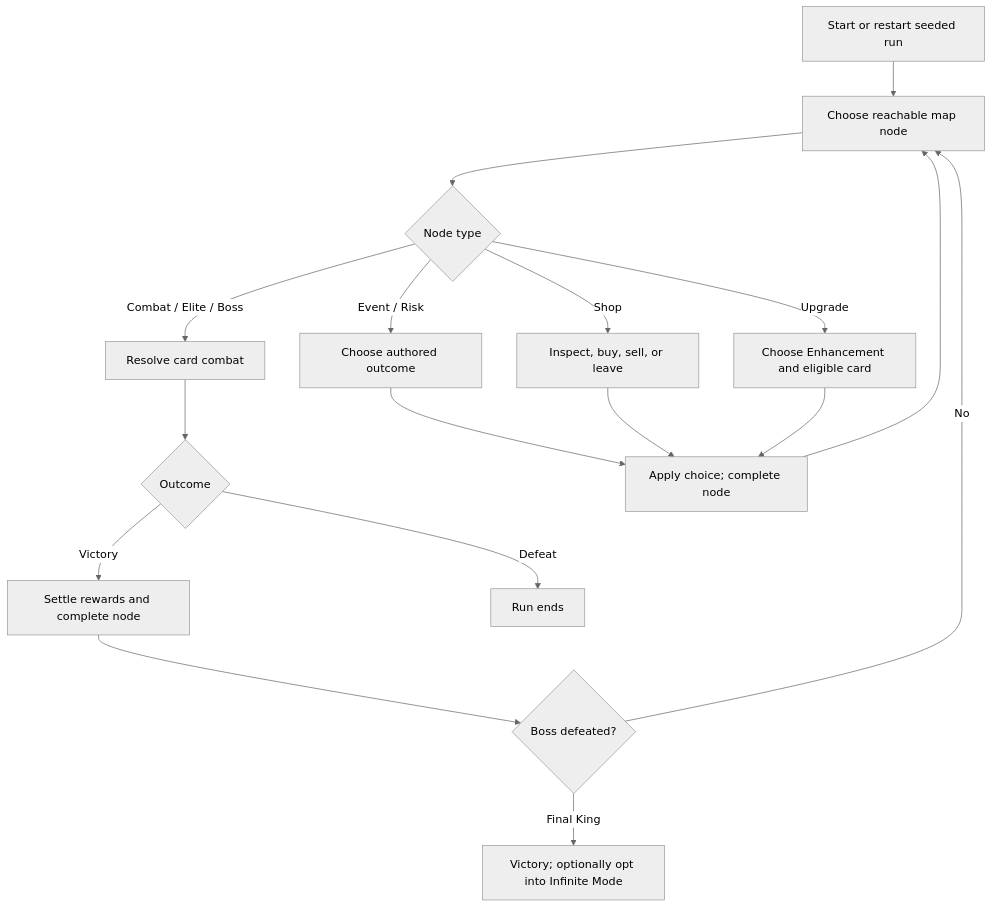
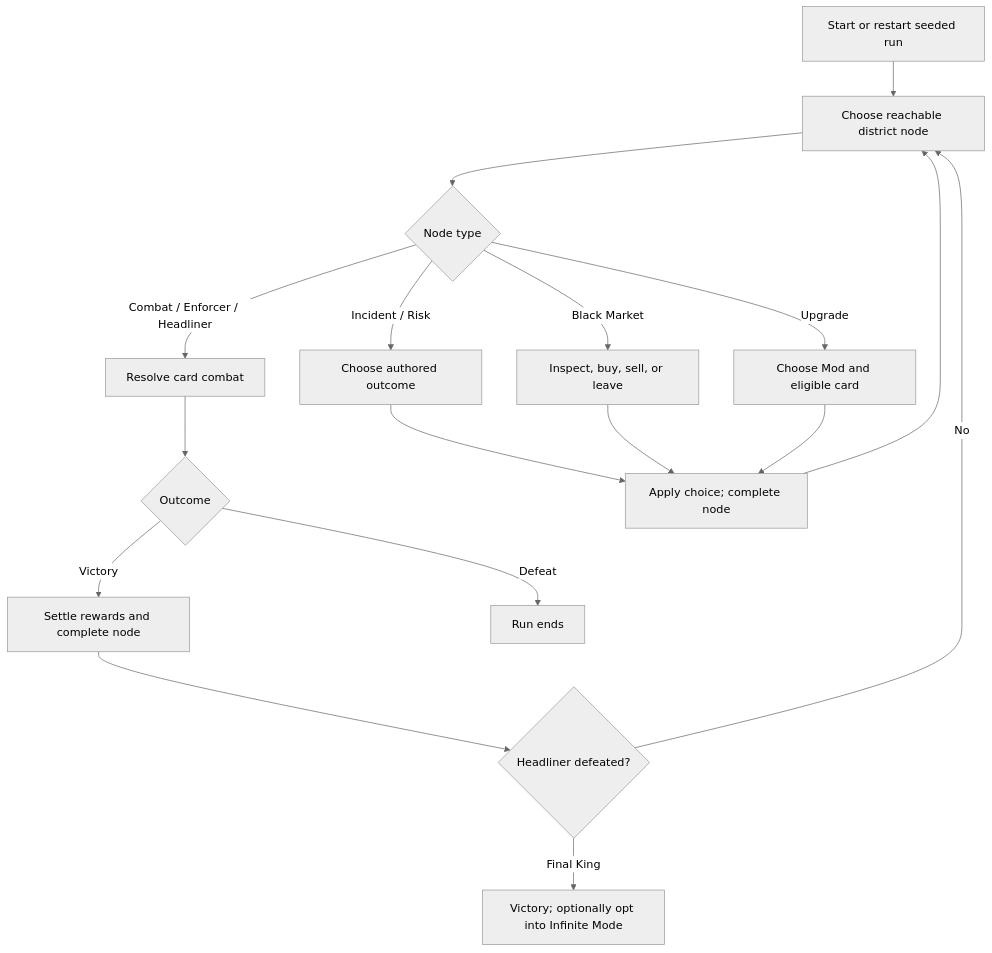
The diagram in docs/CardPG_GDD.md (phamhung1701/phamhung1701.github.io), drawn with Mermaid (neutral theme) before and after one commit. The commit also changed other lines of this file and 5 other files, not shown here.

````diff
--- a/docs/CardPG_GDD.md
+++ b/docs/CardPG_GDD.md
@@ -36,19 +38,19 @@
 ```mermaid
 flowchart TD
-    A[Start or restart seeded run] --> B[Choose reachable map node]
+    A[Start or restart seeded run] --> B[Choose reachable district node]
     B --> C{Node type}
-    C -->|Combat / Elite / Boss| D[Resolve card combat]
-    C -->|Event / Risk| E[Choose authored outcome]
-    C -->|Shop| F[Inspect, buy, sell, or leave]
-    C -->|Upgrade| G[Choose Enhancement and eligible card]
+    C -->|Combat / Enforcer / Headliner| D[Resolve card combat]
+    C -->|Incident / Risk| E[Choose authored outcome]
+    C -->|Black Market| F[Inspect, buy, sell, or leave]
+    C -->|Upgrade| G[Choose Mod and eligible card]
     D --> H{Outcome}
     H -->|Victory| I[Settle rewards and complete node]
     H -->|Defeat| J[Run ends]
     E --> K[Apply choice; complete node]
     F --> K
     G --> K
-    I --> L{Boss defeated?}
+    I --> L{Headliner defeated?}
     K --> B
     L -->|No| B
     L -->|Final King| M[Victory; optionally opt into Infinite Mode]
 ```
````
